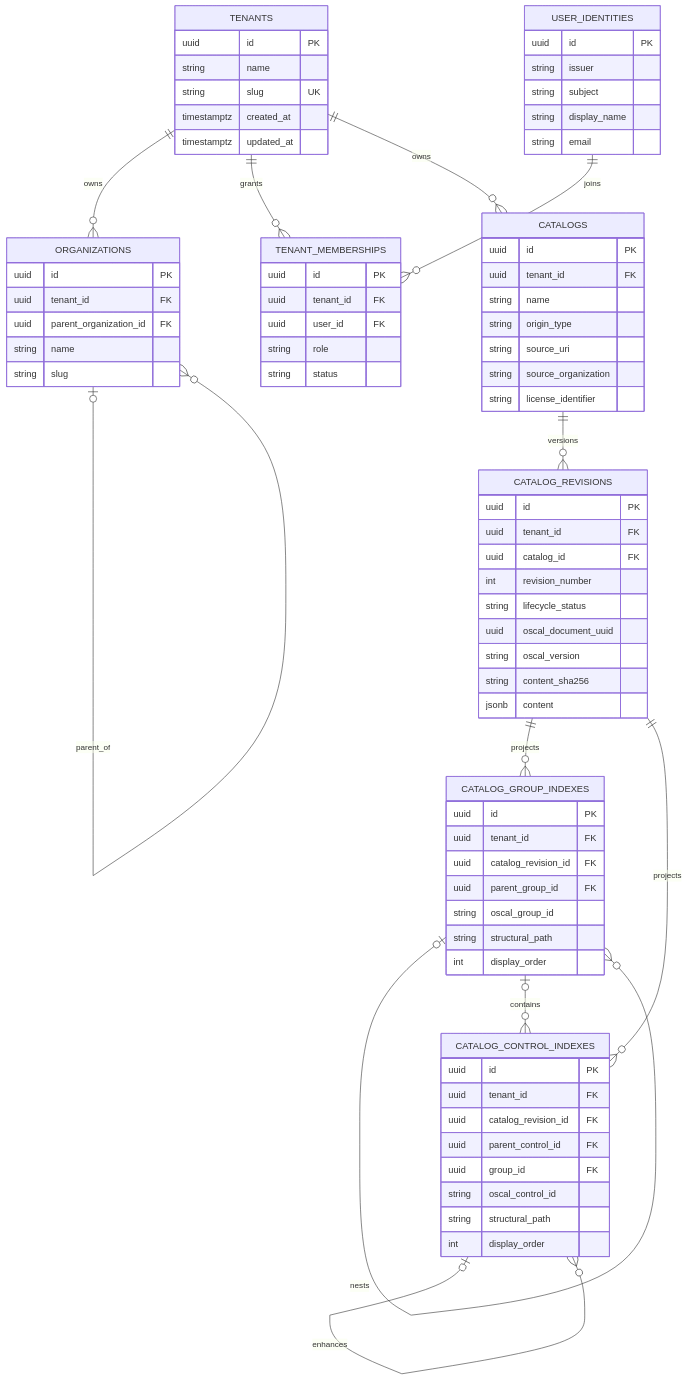
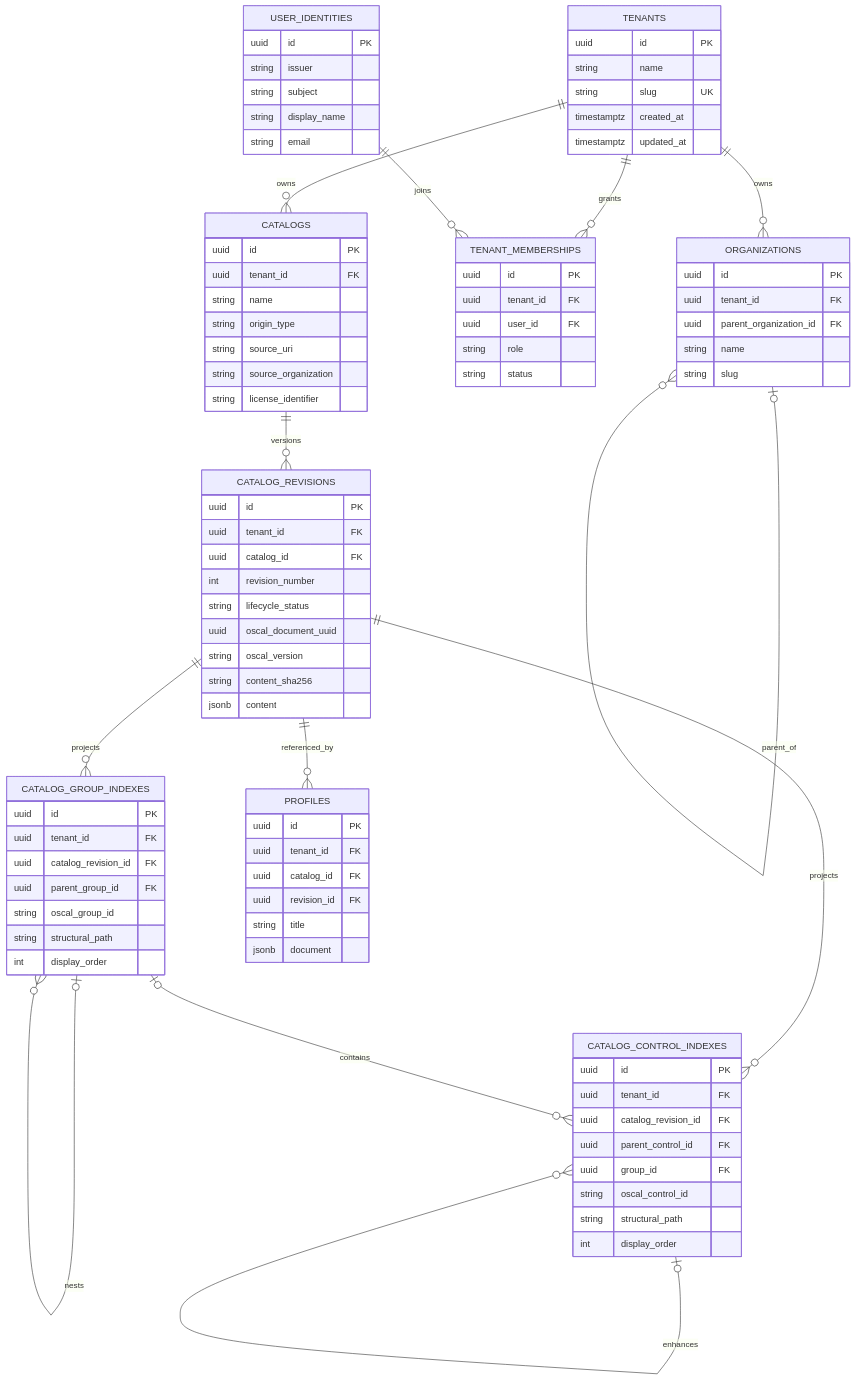
Before and after one commit to litfoy/collaborative-oscal: the diagram in docs/architecture/domain-model.md, drawn with Mermaid. The commit also changed other lines of this file and 33 other files, not shown here.

````diff
--- a/docs/architecture/domain-model.md
+++ b/docs/architecture/domain-model.md
@@ -45,6 +48,7 @@
     CATALOG_REVISIONS ||--o{ CATALOG_CONTROL_INDEXES : projects
     CATALOG_CONTROL_INDEXES o|--o{ CATALOG_CONTROL_INDEXES : enhances
     CATALOG_GROUP_INDEXES o|--o{ CATALOG_CONTROL_INDEXES : contains
+    CATALOG_REVISIONS ||--o{ PROFILES : referenced_by
 
     TENANTS {
         uuid id PK
@@ -113,4 +117,12 @@
         string structural_path
         int display_order
     }
+    PROFILES {
+        uuid id PK
+        uuid tenant_id FK
+        uuid catalog_id FK
+        uuid revision_id FK
+        string title
+        jsonb document
+    }
 ```
````
